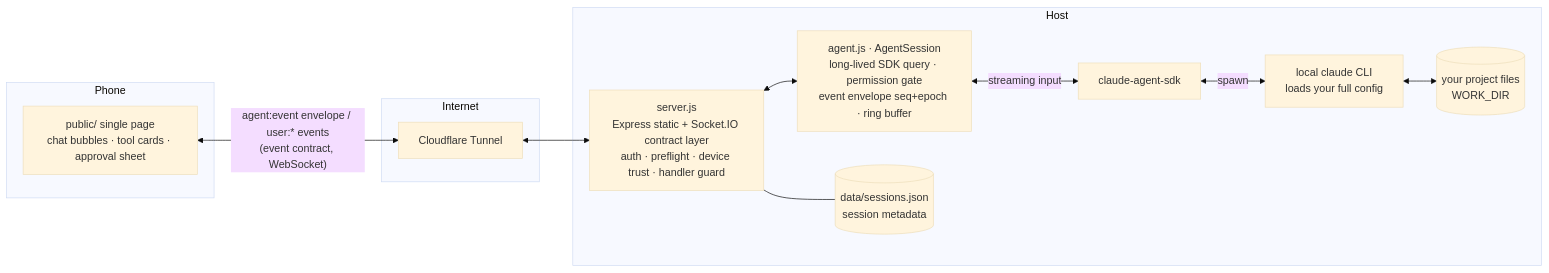
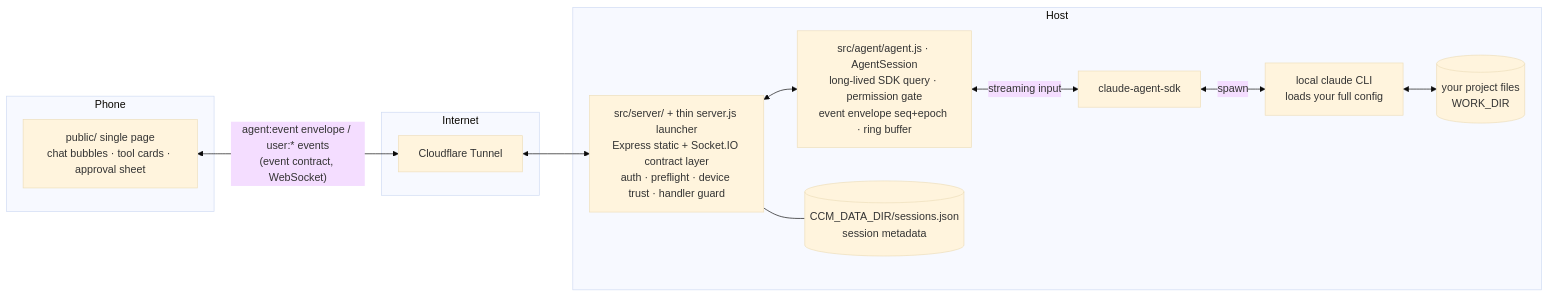
The diagram in README.en.md (Ike-li/claude-chat-mobile), drawn with Mermaid (base theme) before and after one commit. The commit also changed other lines of this file and 379 other files, not shown here.

````diff
--- a/README.en.md
+++ b/README.en.md
@@ -142,21 +142,21 @@
 ```mermaid
 graph LR
     subgraph Phone
         UI[public/ single page<br/>chat bubbles · tool cards · approval sheet]
     end
     subgraph Internet
         CF[Cloudflare Tunnel]
     end
     subgraph Host
-        S[server.js<br/>Express static + Socket.IO contract layer<br/>auth · preflight · device trust · handler guard]
-        A[agent.js · AgentSession<br/>long-lived SDK query · permission gate<br/>event envelope seq+epoch · ring buffer]
-        J[(data/sessions.json<br/>session metadata)]
+        S[src/server/ + thin server.js launcher<br/>Express static + Socket.IO contract layer<br/>auth · preflight · device trust · handler guard]
+        A[src/agent/agent.js · AgentSession<br/>long-lived SDK query · permission gate<br/>event envelope seq+epoch · ring buffer]
+        J[(CCM_DATA_DIR/sessions.json<br/>session metadata)]
         SDK[claude-agent-sdk]
         CLI[local claude CLI<br/>loads your full config]
         FS[(your project files<br/>WORK_DIR)]
     end
     UI <-->|"agent:event envelope / user:* events<br/>(event contract, WebSocket)"| CF <--> S
     S <--> A
     A <-->|streaming input| SDK <-->|spawn| CLI <--> FS
     S --- J
 ```
````
